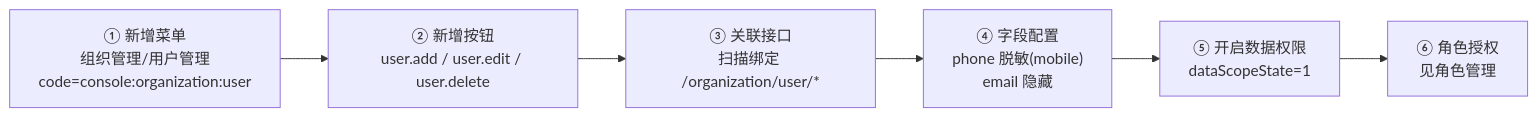
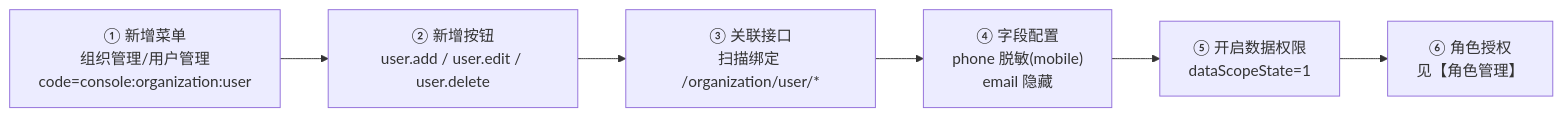
One commit to henhen6/mdp-docs changed the diagram in src/doc/advanced/菜单管理.md. Above: the diagram before and after it, drawn with Mermaid. The commit also changed other lines of this file, not shown here.

````diff
--- a/src/doc/advanced/菜单管理.md
+++ b/src/doc/advanced/菜单管理.md
@@ -93,8 +93,8 @@
 ```mermaid
 flowchart LR
     A["① 新增菜单<br/>组织管理/用户管理<br/>code=console:organization:user"] --> B["② 新增按钮<br/>user.add / user.edit / user.delete"]
     B --> C["③ 关联接口<br/>扫描绑定 /organization/user/*"]
     C --> D["④ 字段配置<br/>phone 脱敏(mobile)<br/>email 隐藏"]
     D --> E["⑤ 开启数据权限<br/>dataScopeState=1"]
-    E --> F["⑥ 角色授权<br/>见角色管理"]
+    E --> F["⑥ 角色授权<br/>见【角色管理】"]
 ```
````
